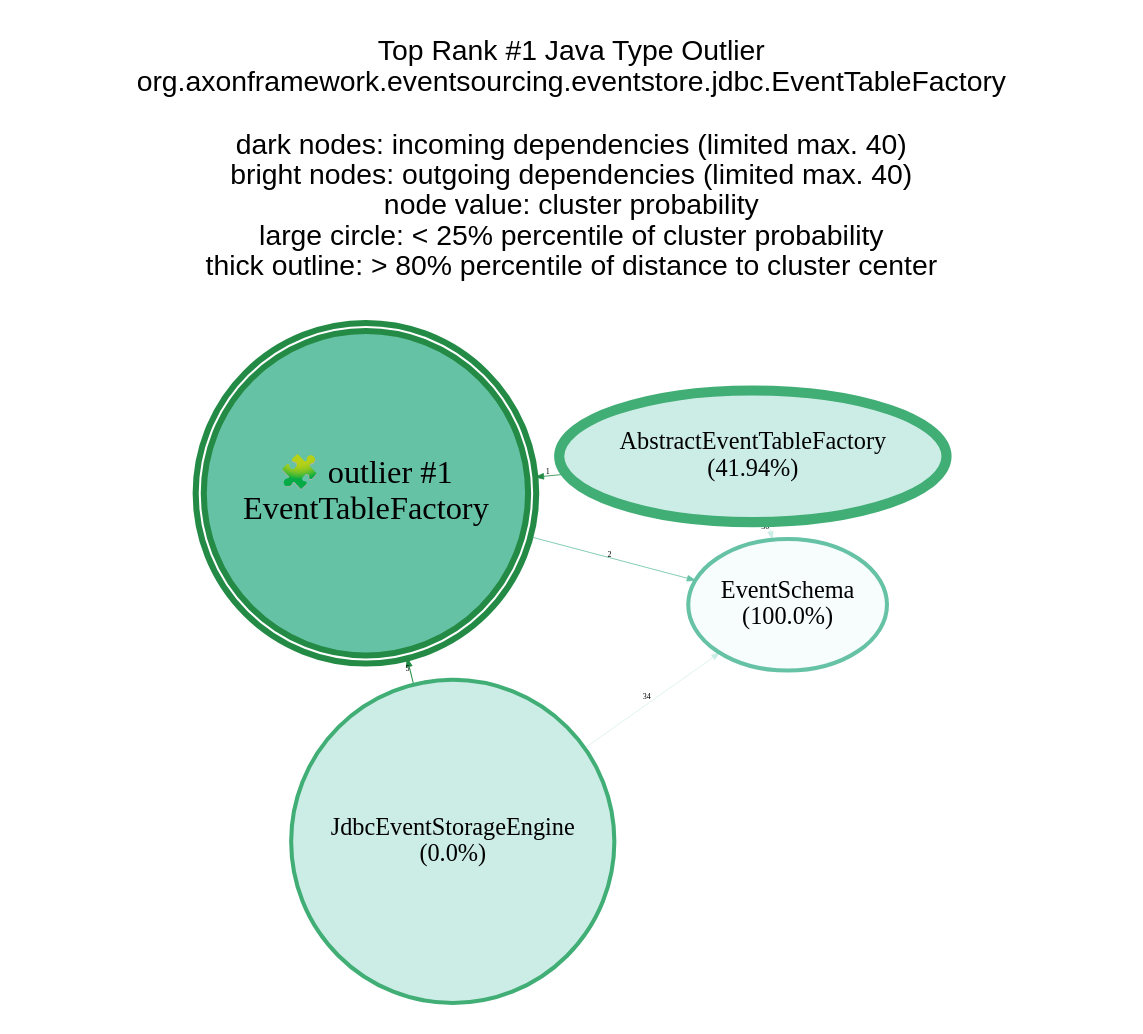
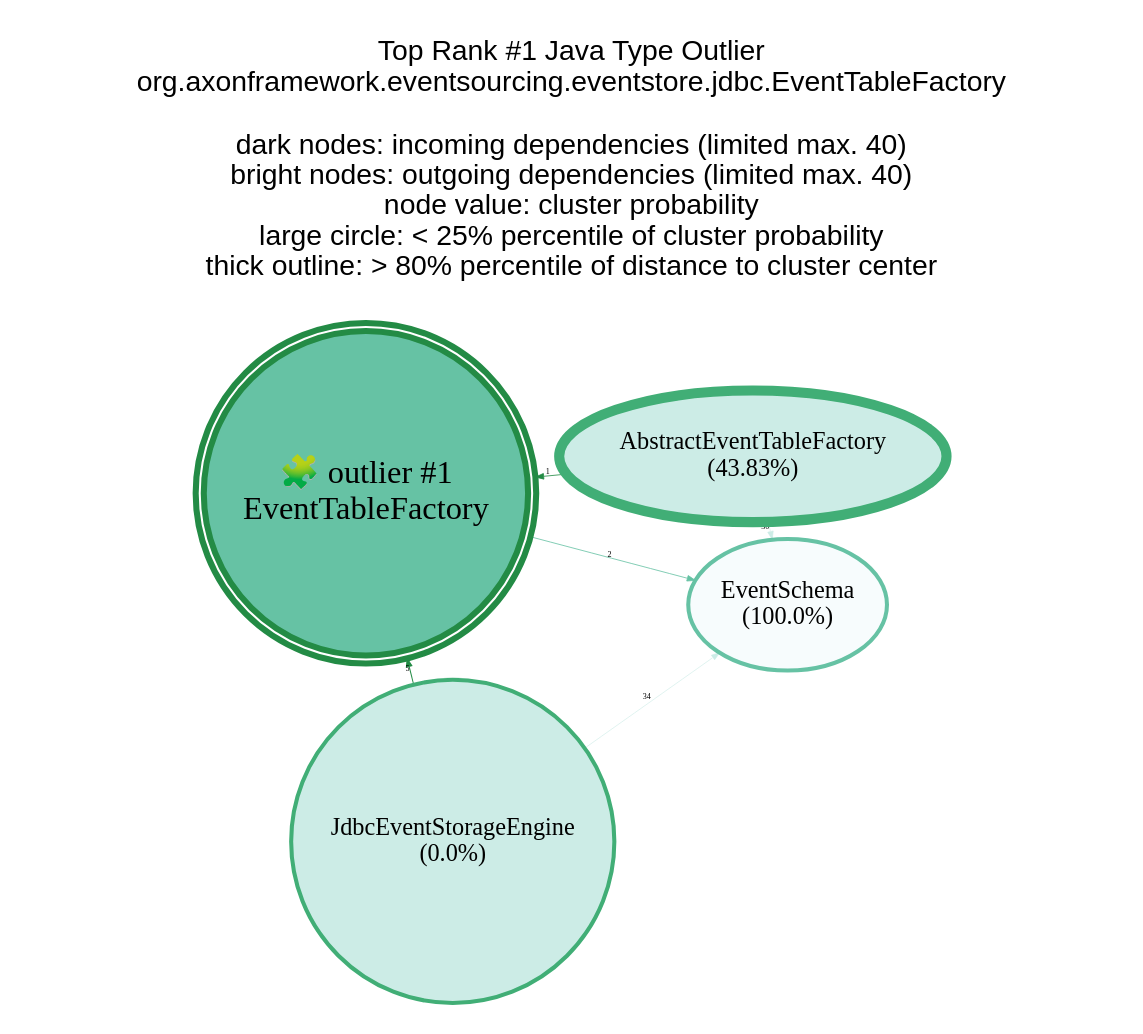
One commit to JohT/code-graph-analysis-examples changed the diagram in analysis-results/AxonFramework/AxonFramework-4.12.2/anomaly-detection/Java_Type/GraphVisualizations/graphviz/TopOutlier1.gv. Above: the diagram before and after it, drawn with Graphviz. The commit also changed 361 other files, not shown here.

```diff
--- a/analysis-results/AxonFramework/AxonFramework-4.12.2/anomaly-detection/Java_Type/GraphVisualizations/graphviz/TopOutlier1.gv
+++ b/analysis-results/AxonFramework/AxonFramework-4.12.2/anomaly-detection/Java_Type/GraphVisualizations/graphviz/TopOutlier1.gv
@@ -1,22 +1,22 @@
 // This GraphViz dot file was generated by the script convertQueryResultCsvToGraphVizDotFile.sh with TopCentral.template
 
 strict digraph TopOutlier1 {
     graph [layout = "fdp"; start = "7"; splines = "spline"; pad = "0.8,0.1"; outputorder = "edgesfirst";];
     graph [fontname = "Helvetica,Arial,sans-serif"; labelloc = "t";];
     node [colorscheme = "bugn9"; color = 6; fillcolor = 3;];
     edge [colorscheme = "bugn9"; color = 7;];
     node [fontsize = 12; style = "filled"; margin = "0.03,0.03"; width="1.3"; height="0.9";];
     edge [fontsize = 4; arrowsize = "0.4";];
 
     central [shape = "doublecircle"; height = "2.0"; margin = "0.000001,0.000001";];
     central [fontsize = 16;];
     central [color = 7; fillcolor = 5; penwidth = 3;];
 
 	graph   [label="Top Rank #1 Java Type Outlier\norg.axonframework.eventsourcing.eventstore.jdbc.EventTableFactory\n\ndark nodes: incoming dependencies (limited max. 40)\nbright nodes: outgoing dependencies (limited max. 40)\nnode value: cluster probability\nlarge circle: < 25% percentile of cluster probability\nthick outline: > 80% percentile of distance to cluster center\n\n"];
 	central [label="🧩 outlier #1\nEventTableFactory"];
 	"JdbcEventStorageEngine_10984"  [shape = "circle"; height=1.8; label = "JdbcEventStorageEngine\n(0.0%)"; penwidth = 2; ]; "JdbcEventStorageEngine_10984" -> central [label=5; weight=5; penwidth=0.5];
-	"AbstractEventTableFactory_10978"  [label = "AbstractEventTableFactory\n(41.94%)"; penwidth = 5; ]; "AbstractEventTableFactory_10978" -> central [label=1; weight=1; penwidth=0.4];
+	"AbstractEventTableFactory_10978"  [label = "AbstractEventTableFactory\n(43.83%)"; penwidth = 5; ]; "AbstractEventTableFactory_10978" -> central [label=1; weight=1; penwidth=0.4];
 	"EventSchema_10979"  [label = "EventSchema\n(100.0%)"; penwidth = 2; color = 5; fillcolor = 1; ]; central -> "EventSchema_10979" [label=2; weight=2; penwidth=0.4; color = 5];
 	"JdbcEventStorageEngine_10984" -> "EventSchema_10979" [label=34; weight=34; penwidth=0.3; color = 3]
 	"AbstractEventTableFactory_10978" -> "EventSchema_10979" [label=30; weight=30; penwidth=0.3; color = 3]
 }
```
